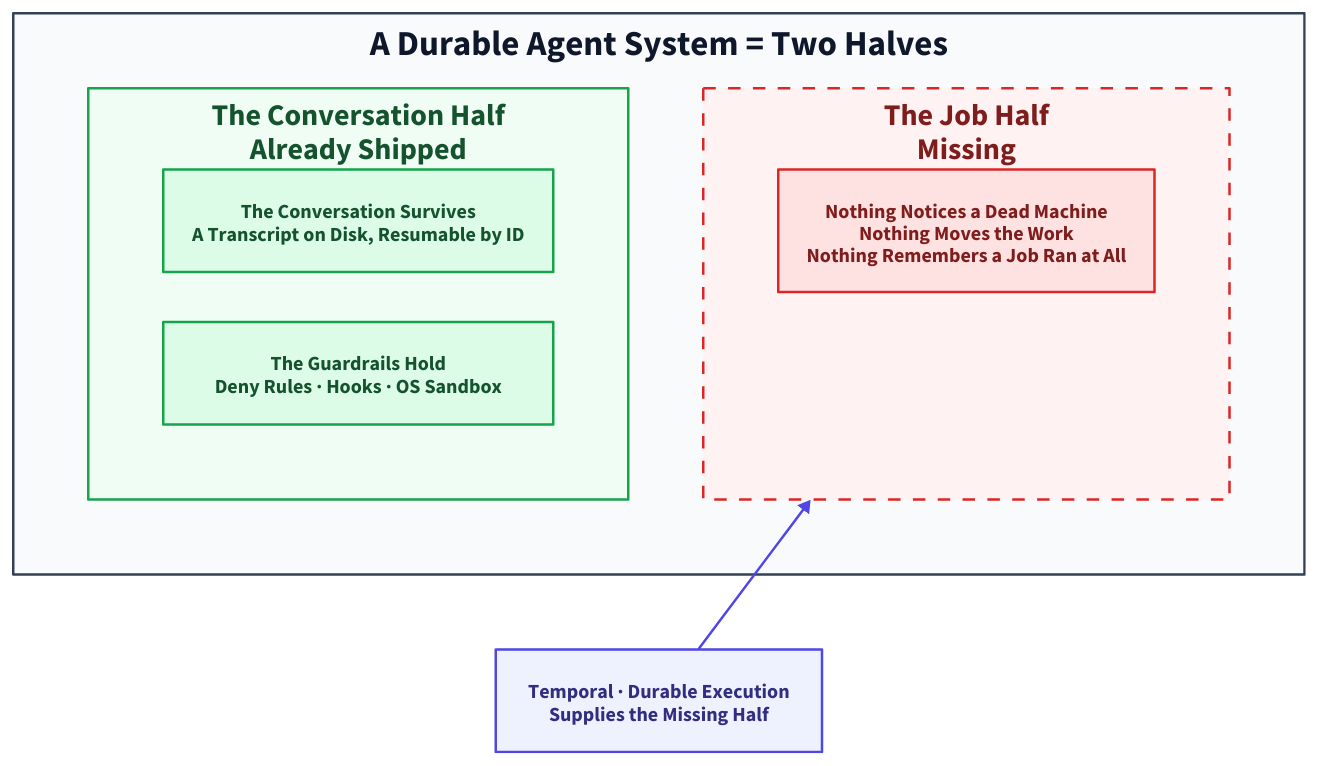
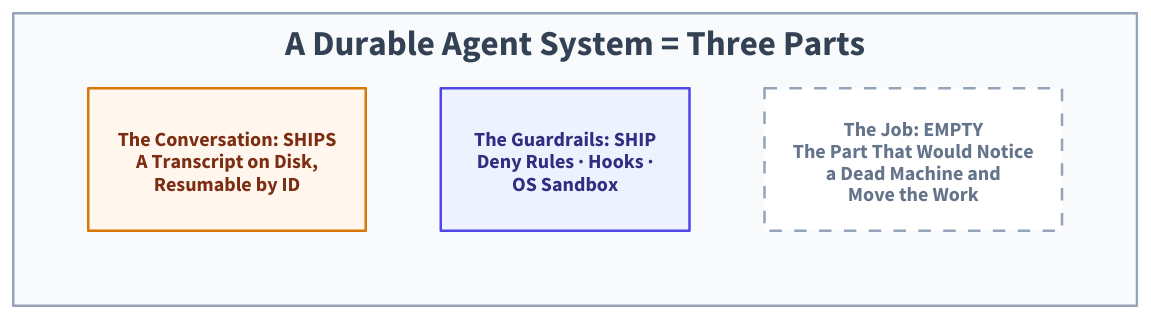
The diagram in assets/diagram-src/half-a-system.d2 (thumarrushik/crash-proof-team-of-coding-agents), drawn with D2 before and after one commit. The commit also changed 14 other files, not shown here.

Commit message:
The flagship as a story: six acts from murder to merged PR, the session as protagonist, three new diagrams bracketing the hole and its filling, the replaced pair retired; every number, hedge, and footnote preserved

```diff
--- a/assets/diagram-src/half-a-system.d2
+++ b/assets/diagram-src/half-a-system.d2
@@ -1,35 +1,19 @@
-# A durable agent system is two halves; Claude Code ships one,
-# the job half is a dashed empty slot, and Temporal fills it.
-direction: right
-horizontal-gap: 120
+# Act I: the machine two-thirds built. Deliberately NO answer drawn: no
+# engine, no supplier. The third socket is empty, and stays empty until
+# the closing image fills it (the-whole-at-last.d2).
+direction: down
 
-sys: "A Durable Agent System = Two Halves" {
-  grid-columns: 2
+sys: "A Durable Agent System = Three Parts" {
+  grid-columns: 3
   horizontal-gap: 60
-  style: {fill: "#f8fafc"; stroke: "#334155"; font-color: "#0f172a"; bold: true}
-  have: "The Conversation Half\nAlready Shipped" {
-    grid-columns: 1
-    style: {fill: "#f0fdf4"; stroke: "#16a34a"; font-color: "#14532d"; bold: true}
-    convo: "The Conversation Survives\nA Transcript on Disk, Resumable by ID" {
-      style: {fill: "#dcfce7"; stroke: "#16a34a"; font-color: "#14532d"}
-    }
-    guard: "The Guardrails Hold\nDeny Rules · Hooks · OS Sandbox" {
-      style: {fill: "#dcfce7"; stroke: "#16a34a"; font-color: "#14532d"}
-    }
+  style: {fill: "#f8fafc"; stroke: "#94a3b8"; font-color: "#334155"; bold: true}
+  conv: "The Conversation: SHIPS\nA Transcript on Disk,\nResumable by ID" {
+    style: {fill: "#fff7ed"; stroke: "#d97706"; font-color: "#7c2d12"; bold: true}
   }
-  miss: "The Job Half\nMissing" {
-    grid-columns: 1
-    style: {fill: "#fef2f2"; stroke: "#dc2626"; font-color: "#7f1d1d"; bold: true; stroke-dash: 5}
-    gone: "Nothing Notices a Dead Machine\nNothing Moves the Work\nNothing Remembers a Job Ran at All" {
-      style: {fill: "#fee2e2"; stroke: "#dc2626"; font-color: "#7f1d1d"}
-    }
+  guard: "The Guardrails: SHIP\nDeny Rules · Hooks ·\nOS Sandbox" {
+    style: {fill: "#eef2ff"; stroke: "#4f46e5"; font-color: "#312e81"; bold: true}
+  }
+  hole: "The Job: EMPTY\nThe Part That Would Notice\na Dead Machine and\nMove the Work" {
+    style: {fill: "#ffffff"; stroke: "#94a3b8"; font-color: "#64748b"; bold: true; stroke-dash: 5}
   }
 }
-
-temporal: "Temporal · Durable Execution\nSupplies the Missing Half" {
-  style: {fill: "#eef2ff"; stroke: "#4f46e5"; font-color: "#312e81"; bold: true}
-}
-
-temporal -> sys.miss: {
-  style: {stroke: "#4f46e5"; bold: true}
-}
```
